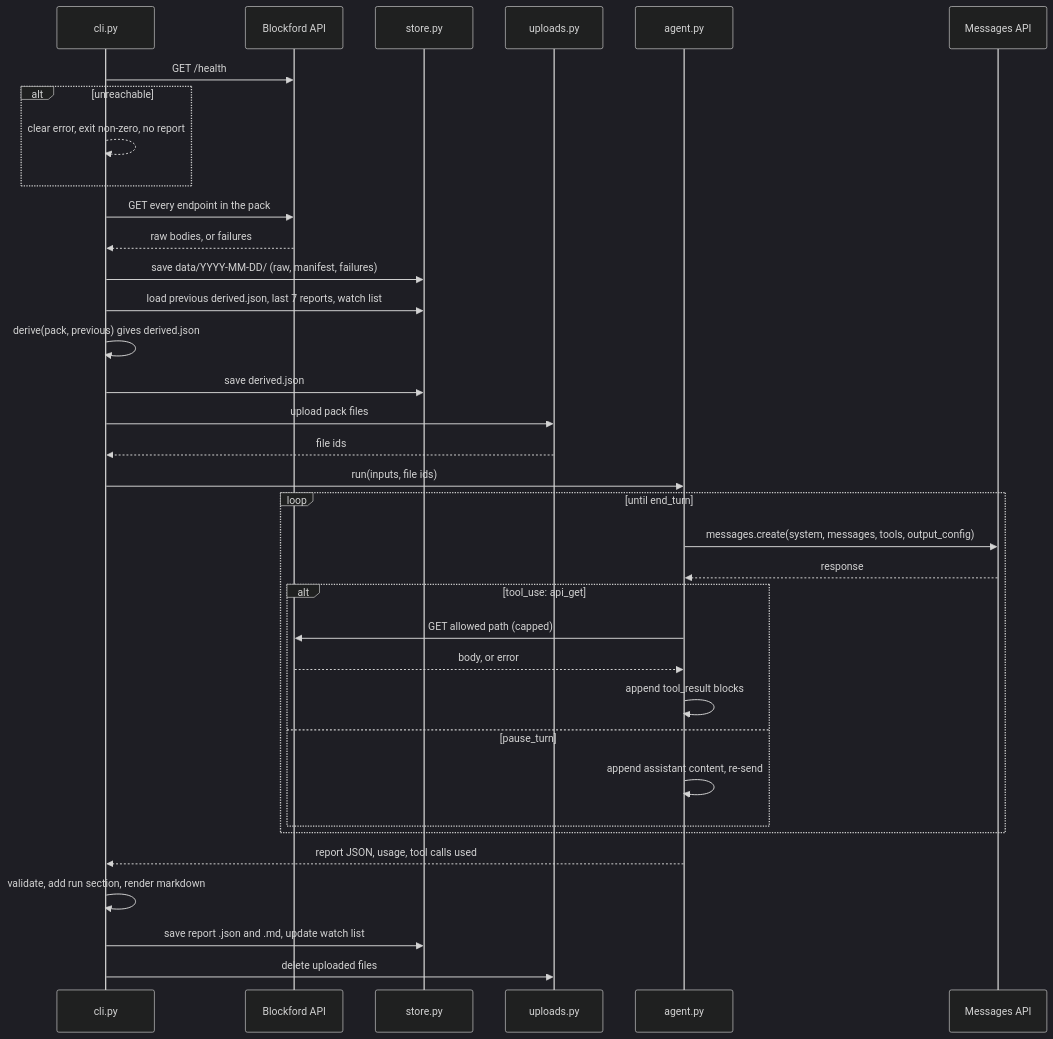
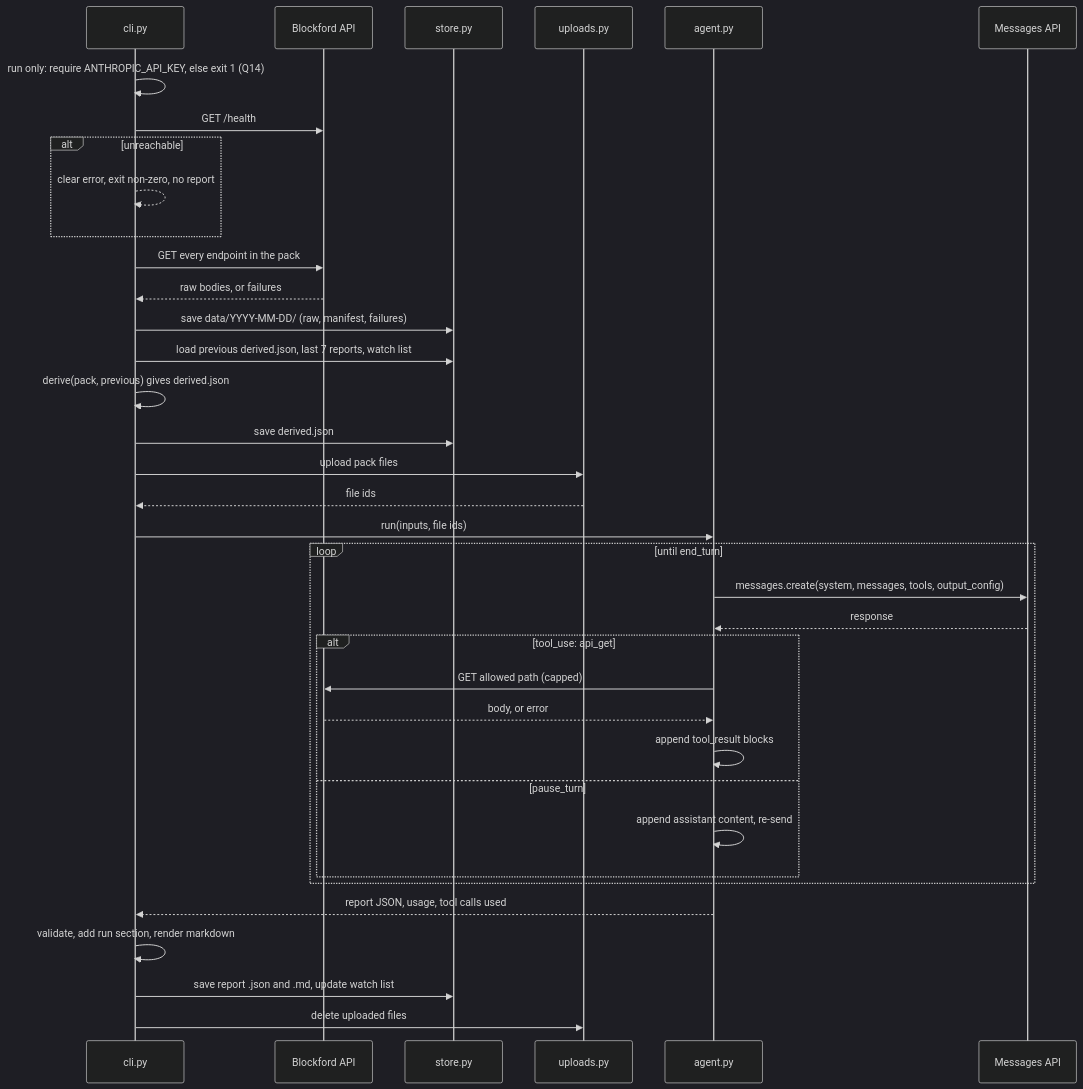
Before and after one commit to Jason-Dorman/agentic-liquidity-app-reporter: the third of 7 diagrams in docs/ARCHITECTURE.md, drawn with Mermaid (dark theme). The commit also changed other lines of this file and 19 other files, not shown here.

````diff
--- a/docs/ARCHITECTURE.md
+++ b/docs/ARCHITECTURE.md
@@ -97,38 +96,39 @@
 ```mermaid
 sequenceDiagram
     participant CLI as cli.py
     participant API as Blockford API
     participant ST as store.py
     participant FL as uploads.py
     participant AG as agent.py
     participant MSG as Messages API
 
+    CLI->>CLI: run only: require ANTHROPIC_API_KEY, else exit 1 (Q14)
     CLI->>API: GET /health
     alt unreachable
         CLI-->>CLI: clear error, exit non-zero, no report
     end
     CLI->>API: GET every endpoint in the pack
     API-->>CLI: raw bodies, or failures
     CLI->>ST: save data/YYYY-MM-DD/ (raw, manifest, failures)
     CLI->>ST: load previous derived.json, last 7 reports, watch list
     CLI->>CLI: derive(pack, previous) gives derived.json
     CLI->>ST: save derived.json
     CLI->>FL: upload pack files
     FL-->>CLI: file ids
     CLI->>AG: run(inputs, file ids)
     loop until end_turn
         AG->>MSG: messages.create(system, messages, tools, output_config)
         MSG-->>AG: response
         alt tool_use: api_get
             AG->>API: GET allowed path (capped)
             API-->>AG: body, or error
             AG->>AG: append tool_result blocks
         else pause_turn
             AG->>AG: append assistant content, re-send
         end
     end
     AG-->>CLI: report JSON, usage, tool calls used
     CLI->>CLI: validate, add run section, render markdown
     CLI->>ST: save report .json and .md, update watch list
     CLI->>FL: delete uploaded files
 ```
````
